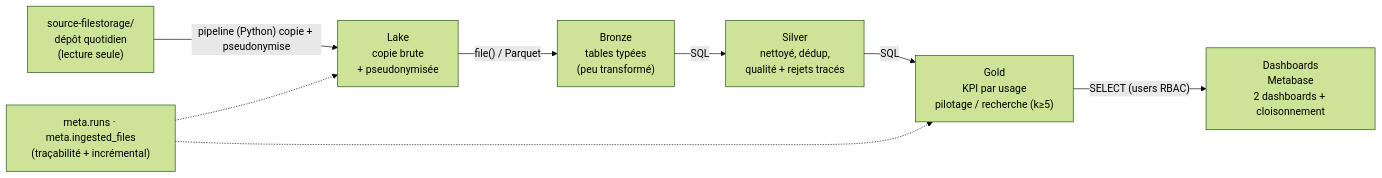
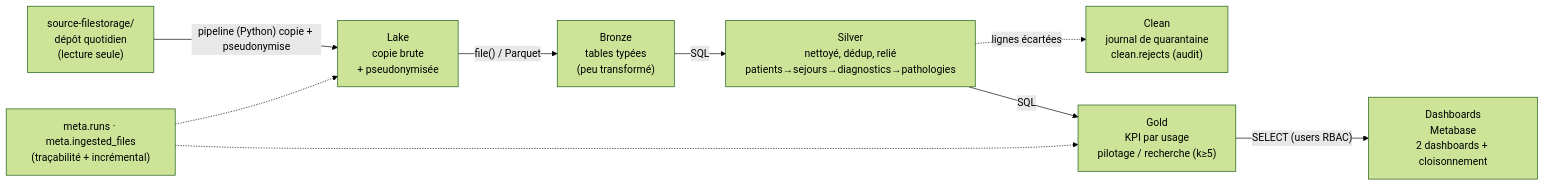
The diagram in docs/context/04-architecture-cible.md (POWLAIR/efrei-eds-chu), drawn with Mermaid (forest theme) before and after one commit. The commit also changed other lines of this file and 5 other files, not shown here.

First line of the commit message:
docs: propage le nouveau modèle silver (contexte, skill, schéma ER)

````diff
--- a/docs/context/04-architecture-cible.md
+++ b/docs/context/04-architecture-cible.md
@@ -5,19 +5,21 @@
 ```mermaid
 flowchart LR
     FS["source-filestorage/<br/>dépôt quotidien<br/>(lecture seule)"]
     LK["Lake<br/>copie brute<br/>+ pseudonymisée"]
     BR["Bronze<br/>tables typées<br/>(peu transformé)"]
-    SV["Silver<br/>nettoyé, dédup,<br/>qualité + rejets tracés"]
+    SV["Silver<br/>nettoyé, dédup, relié<br/>patients→sejours→diagnostics→pathologies"]
+    CL["Clean<br/>journal de quarantaine<br/>clean.rejects (audit)"]
     GD["Gold<br/>KPI par usage<br/>pilotage / recherche (k≥5)"]
     DB["Dashboards<br/>Metabase<br/>2 dashboards + cloisonnement"]
 
     FS -->|"pipeline (Python) copie + pseudonymise"| LK
     LK -->|"file() / Parquet"| BR
     BR -->|"SQL"| SV
     SV -->|"SQL"| GD
+    SV -.->|"lignes écartées"| CL
     GD -->|"SELECT (users RBAC)"| DB
 
     META["meta.runs · meta.ingested_files<br/>(traçabilité + incrémental)"]
     META -.-> LK
     META -.-> GD
 ```
````
